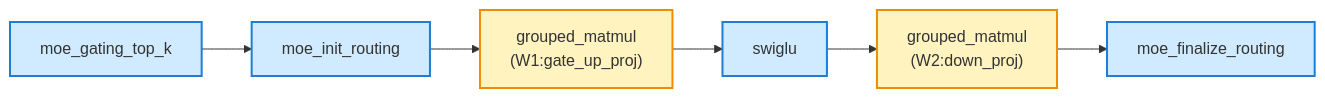
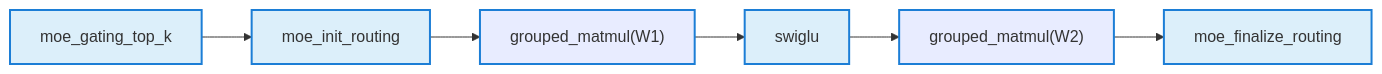
One commit to ChunnX/ops-transformer changed the diagram in gmm/grouped_matmul/README.md. Above: the diagram before and after it, drawn with Mermaid.

Commit message:
gmm流程图格式调整

````diff
--- a/gmm/grouped_matmul/README.md
+++ b/gmm/grouped_matmul/README.md
@@ -14,14 +14,14 @@
 ```mermaid
 graph LR
     B["moe_gating_top_k"] --> C["moe_init_routing"]
-    C --> D["grouped_matmul<br>(W1:gate_up_proj)"]
+    C --> D["grouped_matmul(W1)"]
     D --> E["swiglu"]
-    E --> F["grouped_matmul<br>(W2:down_proj)"]
+    E --> F["grouped_matmul(W2)"]
     F --> G["moe_finalize_routing"]
 
-    classDef gmm fill:#fff3bf,stroke:#f08c00,stroke-width:2px,color:#333;
-    classDef other fill:#d0ebff,stroke:#1c7ed6,stroke-width:2px,color:#333;
+    classDef gmm fill:#E8ECFF,stroke:#1c7ed6,stroke-width:2px,color:#333;
+    classDef other fill:#DCEFFA,stroke:#1c7ed6,stroke-width:2px,color:#333;
 
     class D,F gmm;
     class B,C,E,G other;
 ```
````
